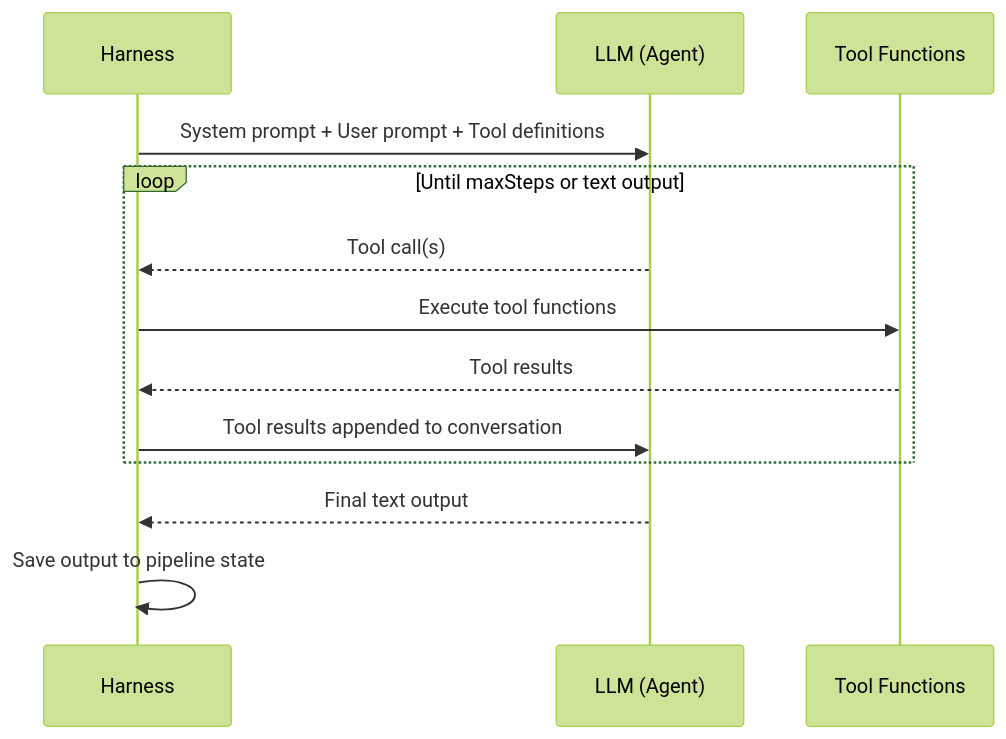
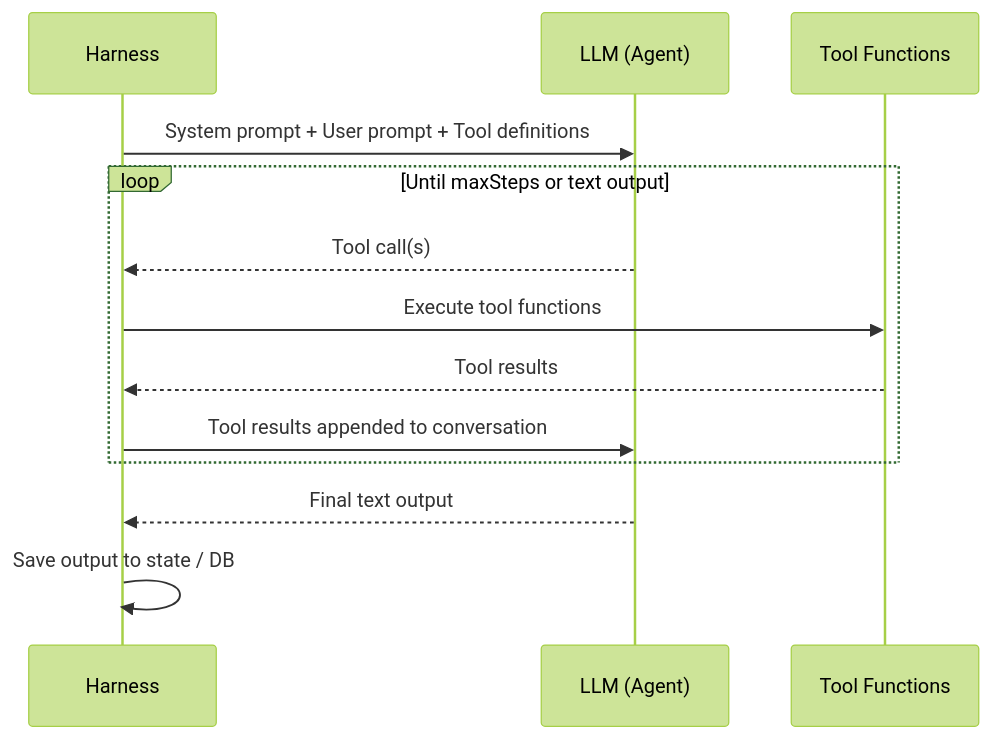
Before and after one commit to reffdev/auto-swe: the second of 7 diagrams in docs/architecture/08-agent-harness.md, drawn with Mermaid (forest theme). The commit also changed other lines of this file and 18 other files, not shown here.

````diff
--- a/docs/architecture/08-agent-harness.md
+++ b/docs/architecture/08-agent-harness.md
@@ -56,18 +63,18 @@
 ```mermaid
 sequenceDiagram
     participant Harness
     participant LLM as LLM (Agent)
     participant Tools as Tool Functions
 
     Harness->>LLM: System prompt + User prompt + Tool definitions
 
     loop Until maxSteps or text output
         LLM-->>Harness: Tool call(s)
         Harness->>Tools: Execute tool functions
         Tools-->>Harness: Tool results
         Harness->>LLM: Tool results appended to conversation
     end
 
     LLM-->>Harness: Final text output
-    Harness->>Harness: Save output to pipeline state
+    Harness->>Harness: Save output to state / DB
 ```
````
